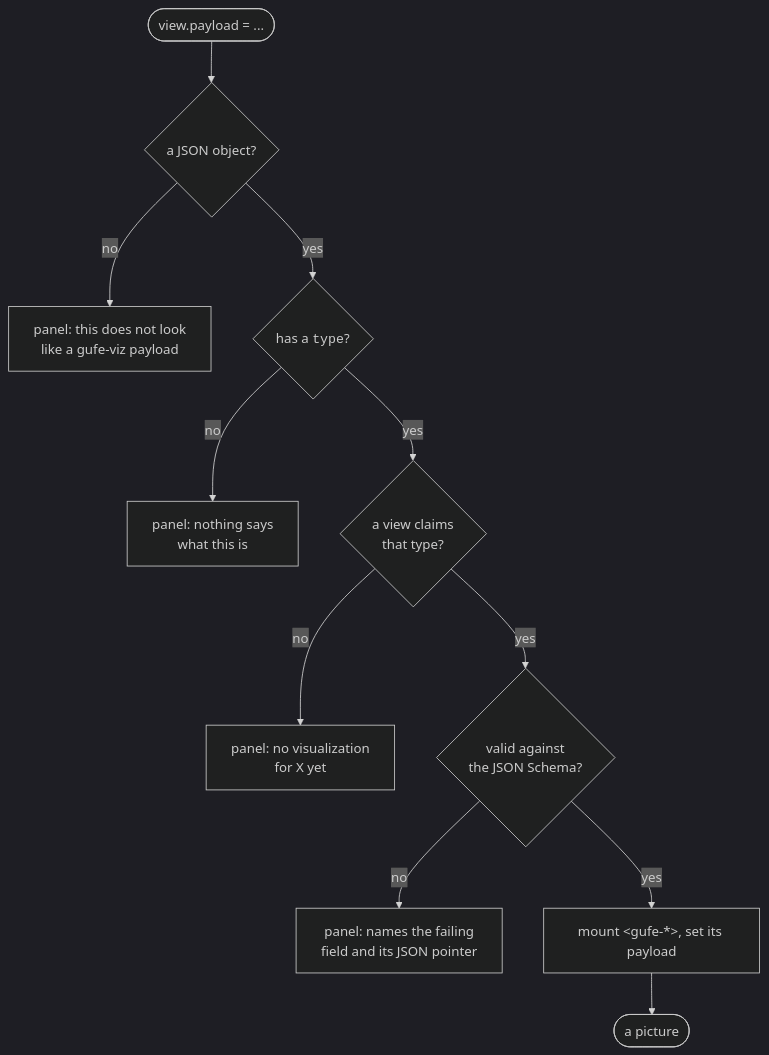
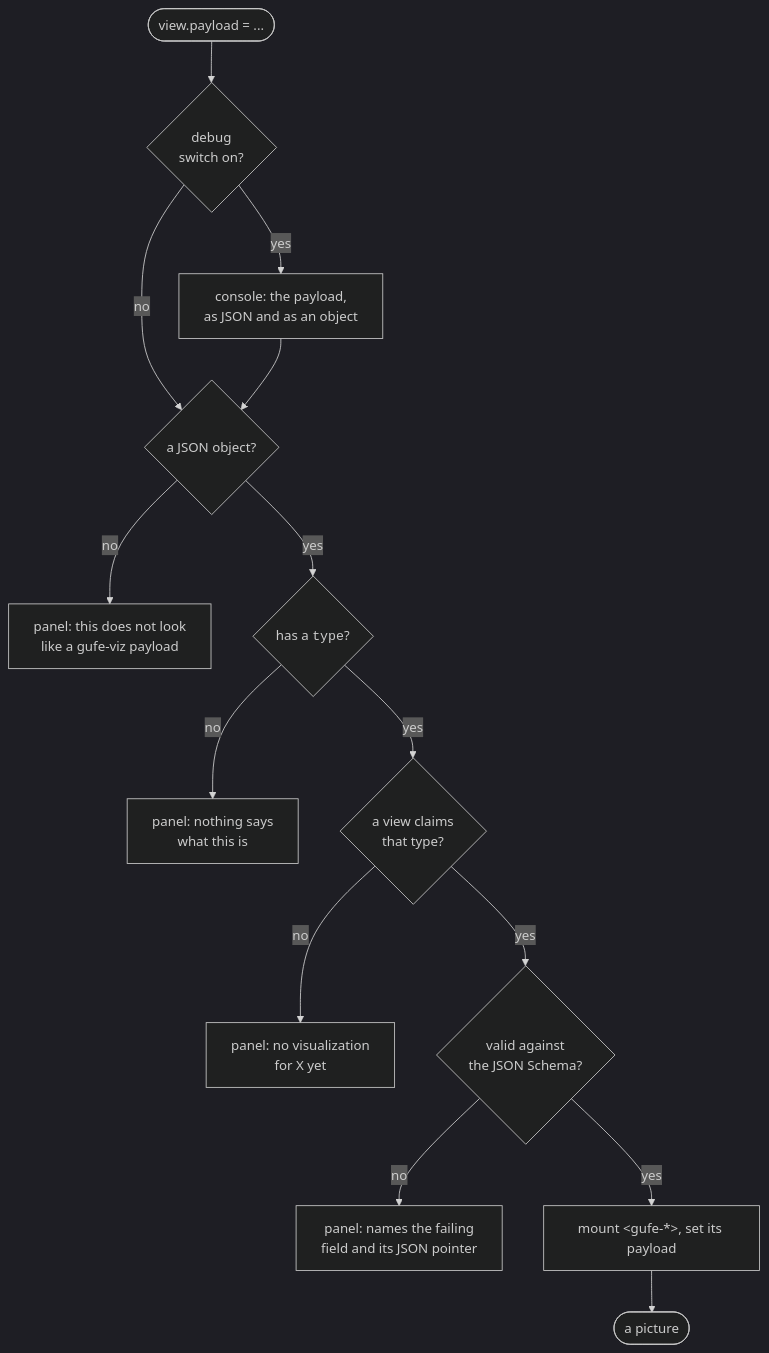
One commit to omsf-eco-infra/gufe-viz changed the second of 3 diagrams in README.md. Above: the diagram before and after it, drawn with Mermaid (dark theme). The commit also changed other lines of this file and 42 other files, not shown here.

````diff
--- a/README.md
+++ b/README.md
@@ -241,13 +258,16 @@
 ```mermaid
 flowchart TD
-  arrive(["view.payload = ..."]) --> isobj{"a JSON object?"}
+  arrive(["view.payload = ..."]) --> dbg{"debug<br/>switch on?"}
+  dbg -->|yes| console["console: the payload,<br/>as JSON and as an object"]
+  dbg -->|no| isobj{"a JSON object?"}
+  console --> isobj
   isobj -->|no| p1["panel: this does not look<br/>like a gufe-viz payload"]
   isobj -->|yes| hastype{"has a <code>type</code>?"}
   hastype -->|no| p3["panel: nothing says<br/>what this is"]
   hastype -->|yes| hasview{"a view claims<br/>that type?"}
   hasview -->|no| p4["panel: no visualization<br/>for X yet"]
   hasview -->|yes| valid{"valid against<br/>the JSON Schema?"}
   valid -->|no| p5["panel: names the failing<br/>field and its JSON pointer"]
   valid -->|yes| mount["mount &lt;gufe-*&gt;, set its payload"]
   mount --> draw(["a picture"])
 ```
````
